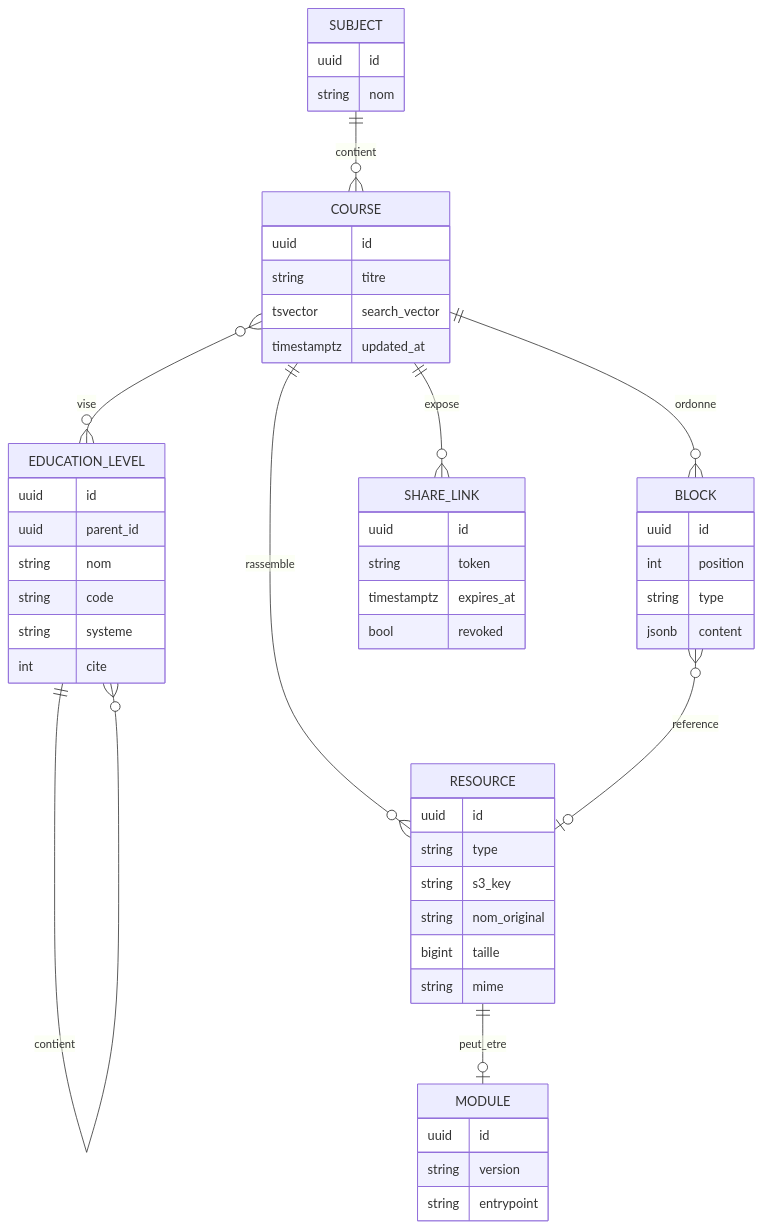
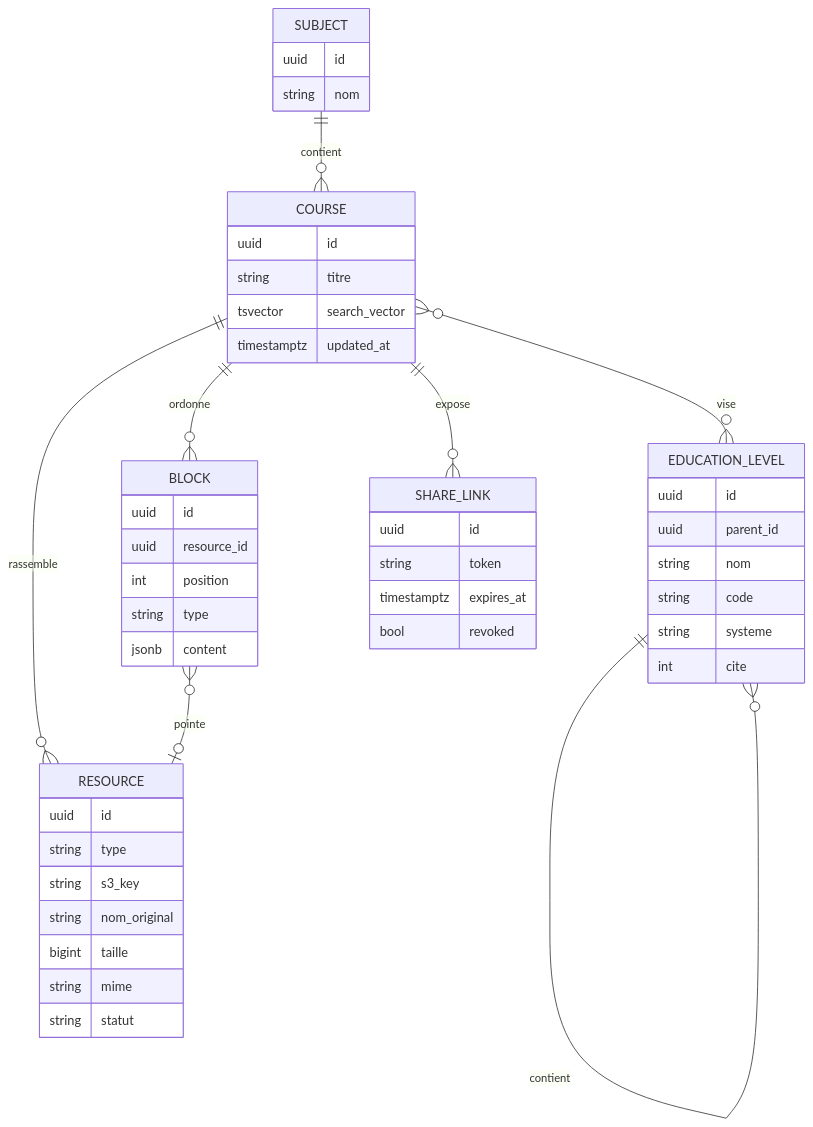
The second of 2 diagrams in Descriptions.md (flobatard/OpenCartableFront), drawn with Mermaid before and after one commit. The commit also changed other lines of this file and 35 other files, not shown here.

Commit message:
Adding resources capabilities and now a resource is not necessary linked to a block by BDD model

````diff
--- a/Descriptions.md
+++ b/Descriptions.md
@@ -160,55 +162,51 @@
 ```mermaid
 erDiagram
     SUBJECT ||--o{ COURSE : contient
     EDUCATION_LEVEL ||--o{ EDUCATION_LEVEL : contient
     COURSE  }o--o{ EDUCATION_LEVEL : vise
     COURSE  ||--o{ BLOCK : ordonne
     COURSE  ||--o{ RESOURCE : rassemble
-    BLOCK   }o--o| RESOURCE : reference
+    BLOCK   }o--o| RESOURCE : pointe
     COURSE  ||--o{ SHARE_LINK : expose
-    RESOURCE ||--o| MODULE : peut_etre
 
     SUBJECT {
       uuid id
       string nom
     }
     EDUCATION_LEVEL {
       uuid id
       uuid parent_id
       string nom
       string code
       string systeme
       int cite
     }
     COURSE {
       uuid id
       string titre
       tsvector search_vector
       timestamptz updated_at
     }
     BLOCK {
       uuid id
+      uuid resource_id
       int position
       string type
       jsonb content
     }
     RESOURCE {
       uuid id
       string type
       string s3_key
       string nom_original
       bigint taille
       string mime
-    }
-    MODULE {
-      uuid id
-      string version
-      string entrypoint
+      string statut
     }
     SHARE_LINK {
       uuid id
       string token
       timestamptz expires_at
       bool revoked
     }
 ```
````
